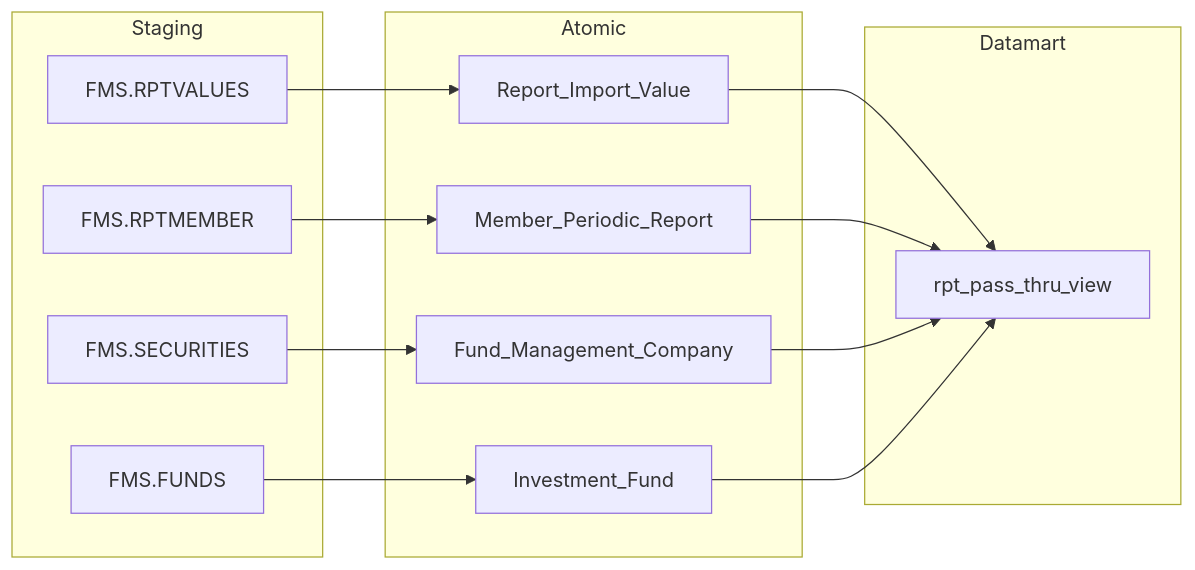
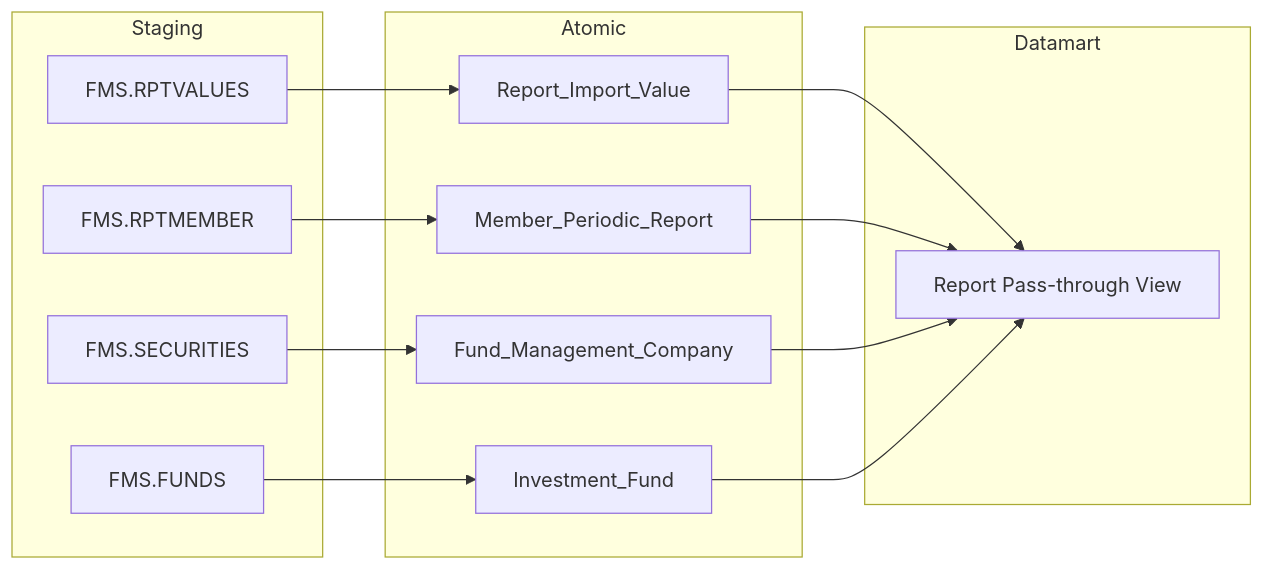
Before and after one commit to linhlvit/ubck_atomic_design: the eighth of 9 diagrams in docs/output/datamart/FMS/DTM_FMS_PTTK.md, drawn with Mermaid. The commit also changed other lines of this file and 2 other files, not shown here.

````diff
--- a/docs/output/datamart/FMS/DTM_FMS_PTTK.md
+++ b/docs/output/datamart/FMS/DTM_FMS_PTTK.md
@@ -388,26 +388,26 @@
 ```mermaid
 flowchart LR
   subgraph Staging
     FMS_RPTVALUES["FMS.RPTVALUES"]
     FMS_RPTMEMBER["FMS.RPTMEMBER"]
     FMS_SECURITIES["FMS.SECURITIES"]
     FMS_FUNDS["FMS.FUNDS"]
   end
   subgraph Atomic
     Report_Import_Value
     Member_Periodic_Report
     Fund_Management_Company
     Investment_Fund
   end
   subgraph Datamart
-    rpt_pass_thru_view
+    rpt_pass_thru_view["Report Pass-through View"]
   end
   FMS_RPTVALUES --> Report_Import_Value
   FMS_RPTMEMBER --> Member_Periodic_Report
   FMS_SECURITIES --> Fund_Management_Company
   FMS_FUNDS --> Investment_Fund
   Report_Import_Value --> rpt_pass_thru_view
   Member_Periodic_Report --> rpt_pass_thru_view
   Fund_Management_Company --> rpt_pass_thru_view
   Investment_Fund --> rpt_pass_thru_view
 ```
````
